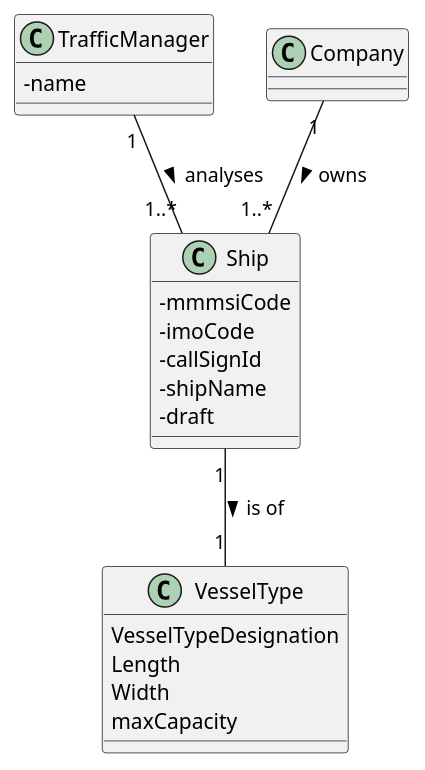
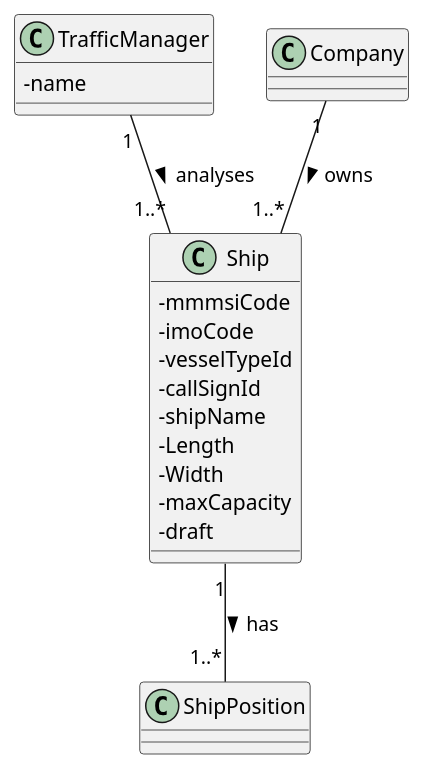
The diagram in docs/US102/US_102_DM.puml (ana-albergaria/LAPR3-ISEP), drawn with PlantUML before and after one commit. The commit also changed 12 other files, not shown here.

```diff
--- a/docs/US102/US_102_DM.puml
+++ b/docs/US102/US_102_DM.puml
@@ -1,30 +1,26 @@
 @startuml
 'https://plantuml.com/class-diagram
 skinparam classAttributeIconSize 0
 
 class TrafficManager{
     -name
 }
 
 class Company{}
 
 class Ship {
     -mmmsiCode /'MMSI - 1'/
     -imoCode /'IMO - 9'/
+    -vesselTypeId
     -callSignId /'CallSign - 10'/
     -shipName /'VesselName - 8'/
+    - Length /'Length - 12'/
+    -Width /'Width - 13'/
+    -maxCapacity /'Cargo - 15'/
     -draft /'Draft - 14'/
-}
-
-class VesselType{
-    VesselTypeDesignation /'VesselType - 11'/
-    Length /'Length - 12'/
-    Width /'Width - 13'/
-    maxCapacity /'Cargo - 15'/
 }
 
 Company "1" -- "1..*" Ship : owns >
 TrafficManager "1" -- "1..*" Ship : analyses >
-Ship "1" -- "1" VesselType : is of >
-
+Ship "1" -- "1..*" ShipPosition: has >
 @enduml
```
